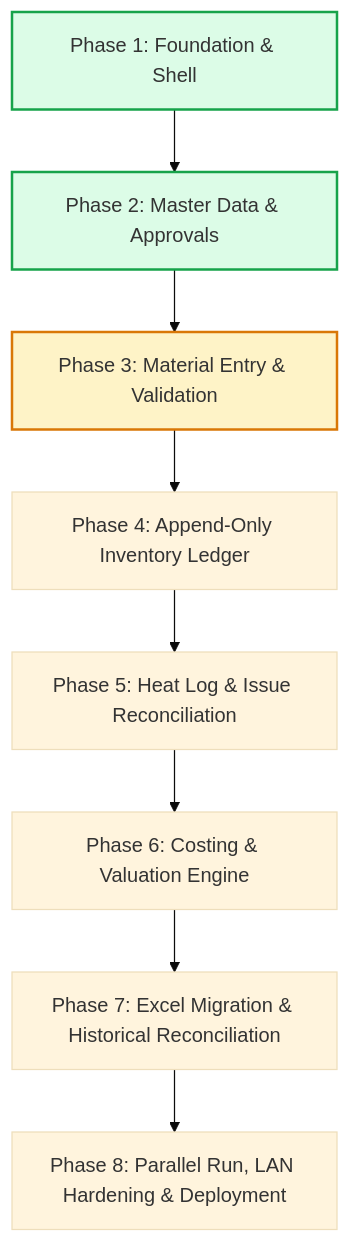
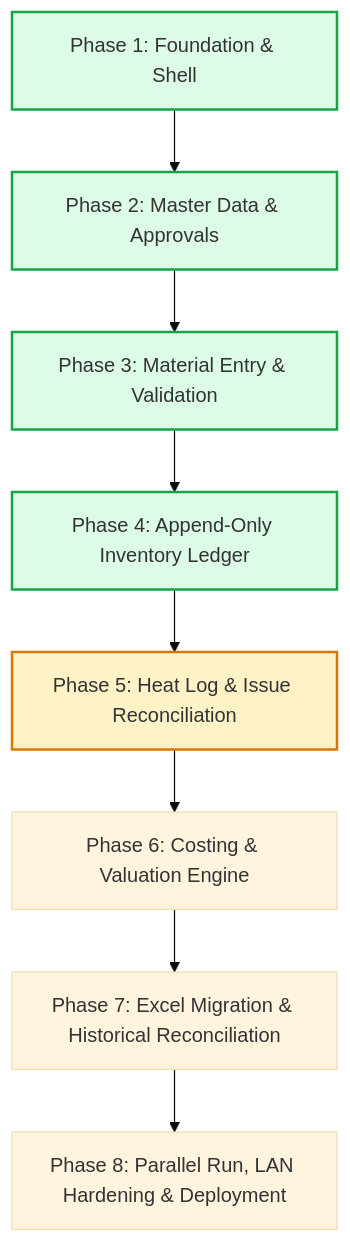
Before and after one commit to DarshanCat/material-cost-system-with-AI: the diagram in docs/IMPLEMENTATION_ROADMAP.md, drawn with Mermaid (base theme). The commit also changed other lines of this file and 32 other files, not shown here.

````diff
--- a/docs/IMPLEMENTATION_ROADMAP.md
+++ b/docs/IMPLEMENTATION_ROADMAP.md
@@ -9,14 +9,16 @@
 ```mermaid
 flowchart TD
     P1[Phase 1: Foundation & Shell] --> P2[Phase 2: Master Data & Approvals]
     P2 --> P3[Phase 3: Material Entry & Validation]
     P3 --> P4[Phase 4: Append-Only Inventory Ledger]
     P4 --> P5[Phase 5: Heat Log & Issue Reconciliation]
     P5 --> P6[Phase 6: Costing & Valuation Engine]
     P6 --> P7[Phase 7: Excel Migration & Historical Reconciliation]
     P7 --> P8[Phase 8: Parallel Run, LAN Hardening & Deployment]
     
     style P1 fill:#dcfce7,stroke:#16a34a,stroke-width:2px
     style P2 fill:#dcfce7,stroke:#16a34a,stroke-width:2px
-    style P3 fill:#fef3c7,stroke:#d97706,stroke-width:2px
+    style P3 fill:#dcfce7,stroke:#16a34a,stroke-width:2px
+    style P4 fill:#dcfce7,stroke:#16a34a,stroke-width:2px
+    style P5 fill:#fef3c7,stroke:#d97706,stroke-width:2px
 ```
````
